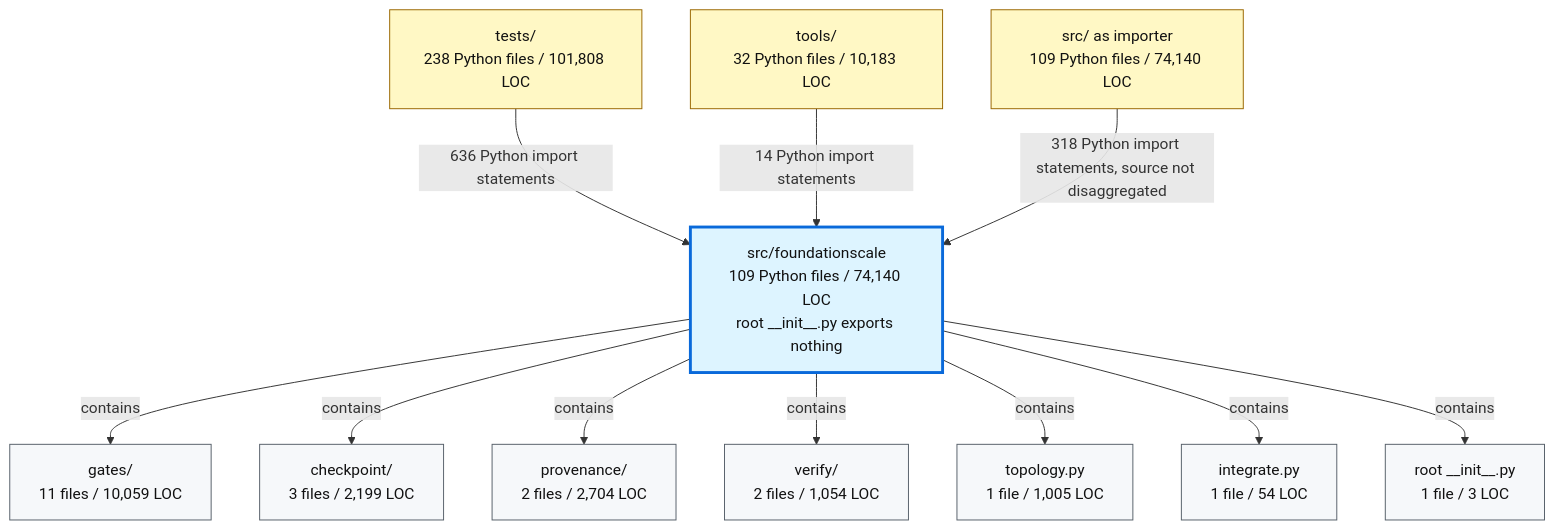
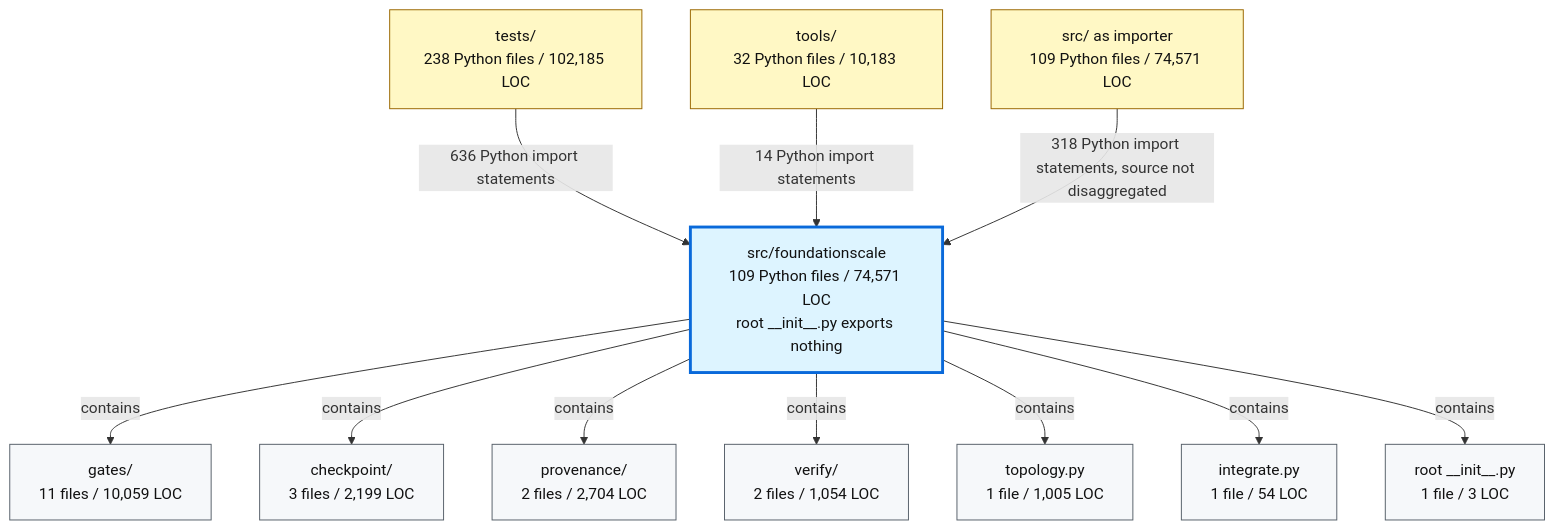
One commit to TranNhiem/FoundationScale changed the second of 2 diagrams in docs/review/D2_current_architecture.md. Above: the diagram before and after it, drawn with Mermaid. The commit also changed other lines of this file and 19 other files, not shown here.

````diff
--- a/docs/review/D2_current_architecture.md
+++ b/docs/review/D2_current_architecture.md
@@ -97,36 +97,36 @@
 ```mermaid
 flowchart TB
-  TESTS["tests/<br/>238 Python files / 101,808 LOC"]
+  TESTS["tests/<br/>238 Python files / 102,185 LOC"]
   TOOLS["tools/<br/>32 Python files / 10,183 LOC"]
-  SRC["src/ as importer<br/>109 Python files / 74,140 LOC"]
+  SRC["src/ as importer<br/>109 Python files / 74,571 LOC"]
 
-  FS["src/foundationscale<br/>109 Python files / 74,140 LOC<br/>root __init__.py exports nothing"]
+  FS["src/foundationscale<br/>109 Python files / 74,571 LOC<br/>root __init__.py exports nothing"]
 
   GATES["gates/<br/>11 files / 10,059 LOC"]
   CKPT["checkpoint/<br/>3 files / 2,199 LOC"]
   PROV["provenance/<br/>2 files / 2,704 LOC"]
   VERIFY["verify/<br/>2 files / 1,054 LOC"]
   TOPO["topology.py<br/>1 file / 1,005 LOC"]
   INTEG["integrate.py<br/>1 file / 54 LOC"]
   ROOT["root __init__.py<br/>1 file / 3 LOC"]
 
   TESTS -->|"636 Python import statements"| FS
   TOOLS -->|"14 Python import statements"| FS
   SRC -->|"318 Python import statements, source not disaggregated"| FS
 
   FS -->|"contains"| GATES
   FS -->|"contains"| CKPT
   FS -->|"contains"| PROV
   FS -->|"contains"| VERIFY
   FS -->|"contains"| TOPO
   FS -->|"contains"| INTEG
   FS -->|"contains"| ROOT
 
   classDef consumer fill:#fff8c5,stroke:#9a6700,color:#111;
   classDef package fill:#ddf4ff,stroke:#0969da,stroke-width:3px,color:#111;
   classDef module fill:#f6f8fa,stroke:#57606a,color:#111;
 
   class TESTS,TOOLS,SRC consumer;
   class FS package;
   class GATES,CKPT,PROV,VERIFY,TOPO,INTEG,ROOT module;
 ```
````
